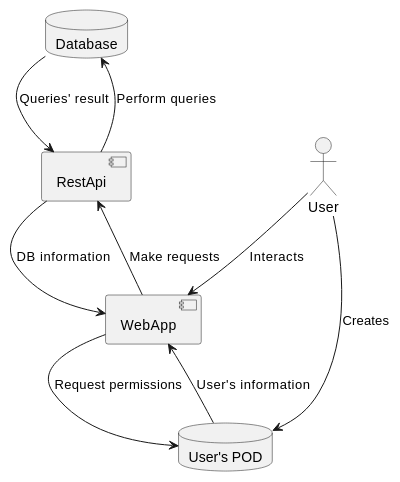
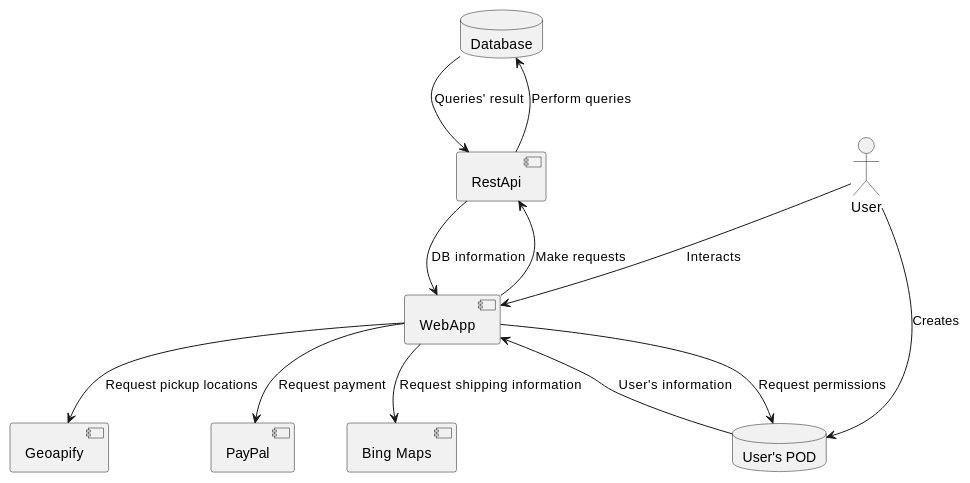
One commit to Arquisoft/dede_en2a changed the diagram in docs/03_system_scope_and_context.adoc. Above: the diagram before and after it, drawn with PlantUML. The commit also changed other lines of this file and 1 other file, not shown here.

Commit message:
Section 8 and 3 updated

```diff
--- a/docs/03_system_scope_and_context.adoc
+++ b/docs/03_system_scope_and_context.adoc
@@ -26,15 +26,21 @@
 [plantuml, "ContextDiagramComponent", png]
 ----
 database "Database" as Db
 database "User's POD" as Pod
 component "WebApp" as WApp
 component "RestApi" as RApi
+component "Geoapify" as Geo
+component "PayPal" as PayPal
+component "Bing Maps" as Bing
 :User: --> [Pod]: Creates
 :User: --> [WApp]: Interacts
 [Db] --> [RApi]: Queries' result
 [RApi] --> [Db]: Perform queries
 [RApi] --> [WApp]: DB information
 [WApp] --> [RApi]: Make requests
 [WApp] --> [Pod]: Request permissions
 [Pod] --> [WApp]: User's information
+[WApp] --> [Geo]: Request pickup locations
+[WApp] --> [Bing]: Request shipping information
+[WApp] --> [PayPal]: Request payment
 ----
```
